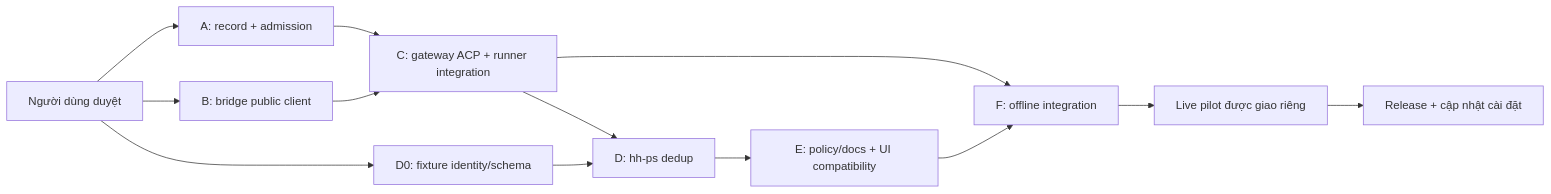
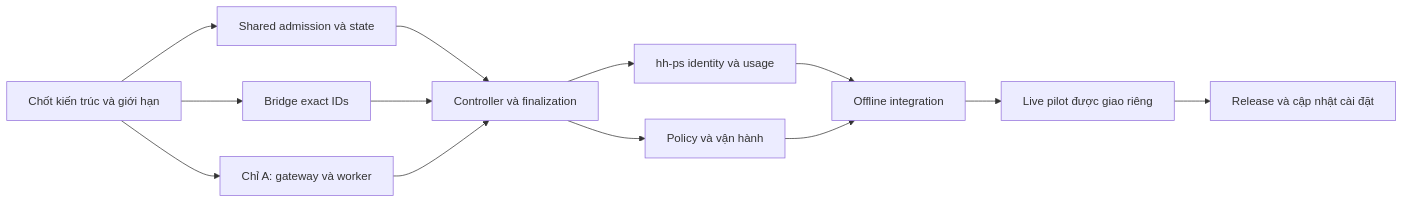
Before and after one commit to PhanAnh1001/claude-plugins: the diagram in hybrid-hands/docs/2026-11-09-hand-paseo-agent-plan.md, drawn with Mermaid. The commit also changed other lines of this file and 1 other file, not shown here.

Commit message:
docs: compare Paseo plugins and Codex bridge pilot

````diff
--- a/hybrid-hands/docs/2026-11-09-hand-paseo-agent-plan.md
+++ b/hybrid-hands/docs/2026-11-09-hand-paseo-agent-plan.md
@@ -18,15 +22,15 @@
 ```mermaid
 flowchart LR
-    G0[Người dùng duyệt] --> A[A: record + admission]
-    G0 --> B[B: bridge public client]
-    G0 --> D0[D0: fixture identity/schema]
-    A --> C[C: gateway ACP + runner integration]
-    B --> C
-    C --> D[D: hh-ps dedup]
-    D0 --> D
-    D --> E[E: policy/docs + UI compatibility]
-    C --> F[F: offline integration]
-    E --> F
-    F --> LIVE[Live pilot được giao riêng]
-    LIVE --> REL[Release + cập nhật cài đặt]
+    G0[Chốt kiến trúc và giới hạn] --> G1[Shared admission và state]
+    G0 --> G2[Bridge exact IDs]
+    G1 --> G3[Controller và finalization]
+    G2 --> G3
+    G0 --> G6[Chỉ A: gateway và worker]
+    G6 --> G3
+    G3 --> G4[hh-ps identity và usage]
+    G3 --> G5[Policy và vận hành]
+    G4 --> G7[Offline integration]
+    G5 --> G7
+    G7 --> LIVE[Live pilot được giao riêng]
+    LIVE --> REL[Release và cập nhật cài đặt]
 ```
````
